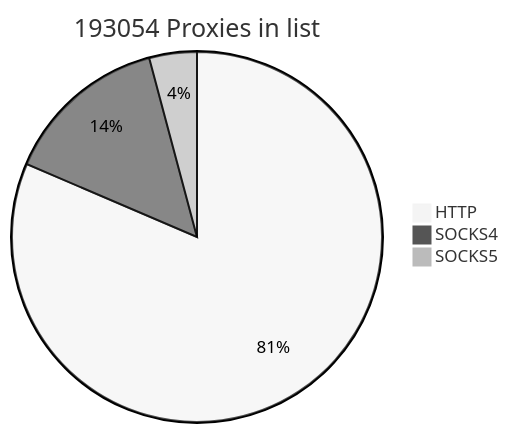
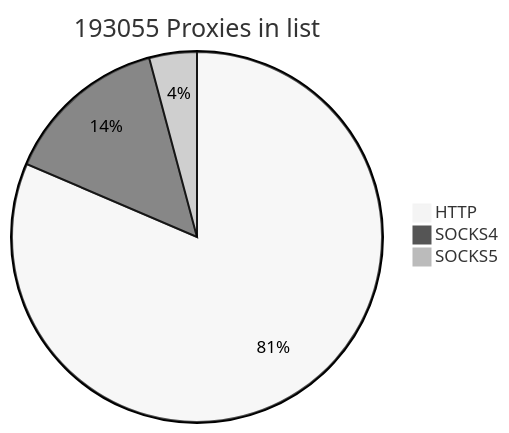
One commit to cutipu/proxylist changed the first of 2 diagrams in README.md. Above: the diagram before and after it, drawn with Mermaid (neutral theme). The commit also changed other lines of this file, not shown here.

````diff
--- a/README.md
+++ b/README.md
@@ -2,7 +2,7 @@
 ```mermaid
-pie title 193054 Proxies in list
-    "HTTP" : 157231
-    "SOCKS4" : 27803
-    "SOCKS5" : 8020
+pie title 193055 Proxies in list
+    "HTTP" : 157234
+    "SOCKS4" : 27799
+    "SOCKS5" : 8022
             
 ```
````
